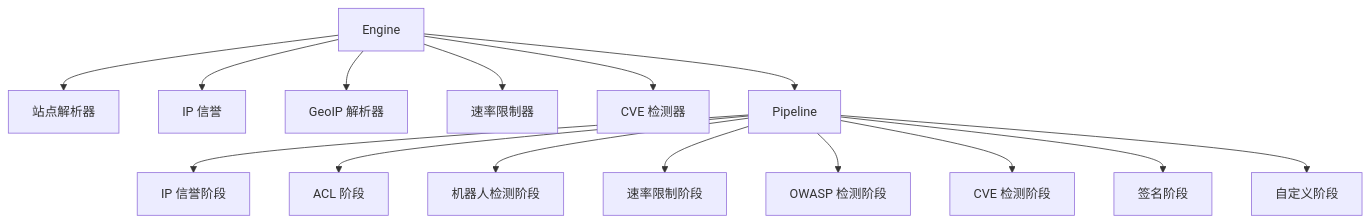
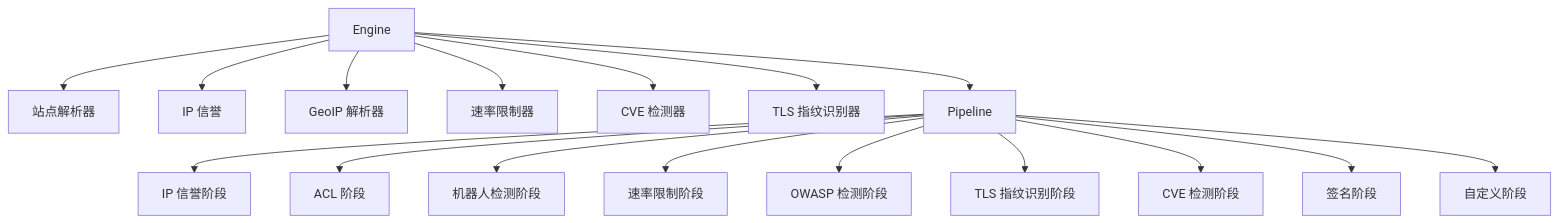
Before and after one commit to x01n/My-OpenWaf: diagram 11 of 11 in docs/WAF 引擎系统/处理阶段详解/处理阶段详解.md, drawn with Mermaid. The commit also changed other lines of this file and 51 other files, not shown here.

````diff
--- a/docs/WAF 引擎系统/处理阶段详解/处理阶段详解.md
+++ b/docs/WAF 引擎系统/处理阶段详解/处理阶段详解.md
@@ -319,17 +466,19 @@
 ```mermaid
 graph TB
 Engine["Engine"] --> Resolver["站点解析器"]
 Engine --> IPRep["IP 信誉"]
 Engine --> Geo["GeoIP 解析器"]
 Engine --> RL["速率限制器"]
 Engine --> CVE["CVE 检测器"]
+Engine --> TLS["TLS 指纹识别器"]
 Engine --> Pipe["Pipeline"]
 Pipe --> Ph_IPRep["IP 信誉阶段"]
 Pipe --> Ph_ACL["ACL 阶段"]
 Pipe --> Ph_Bot["机器人检测阶段"]
 Pipe --> Ph_Rate["速率限制阶段"]
 Pipe --> Ph_OWASP["OWASP 检测阶段"]
+Pipe --> Ph_TLS["TLS 指纹识别阶段"]
 Pipe --> Ph_CVE["CVE 检测阶段"]
 Pipe --> Ph_Sig["签名阶段"]
 Pipe --> Ph_Custom["自定义阶段"]
 ```
````
